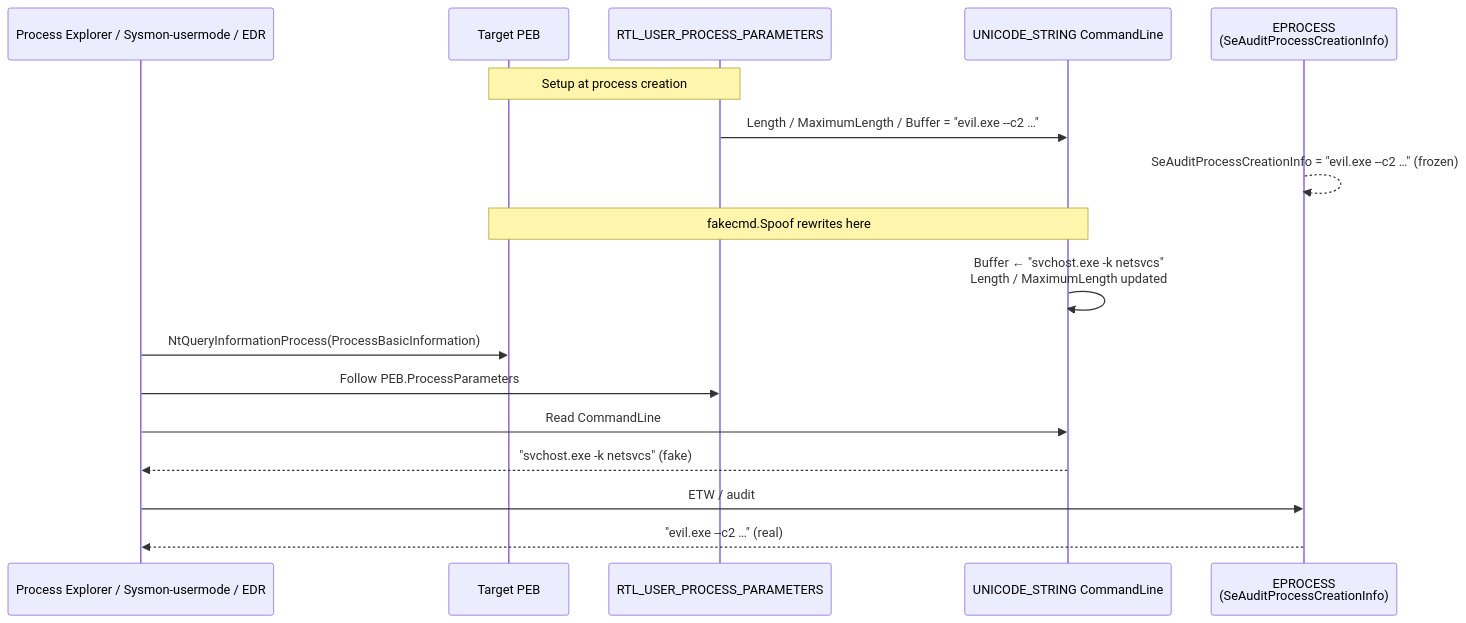
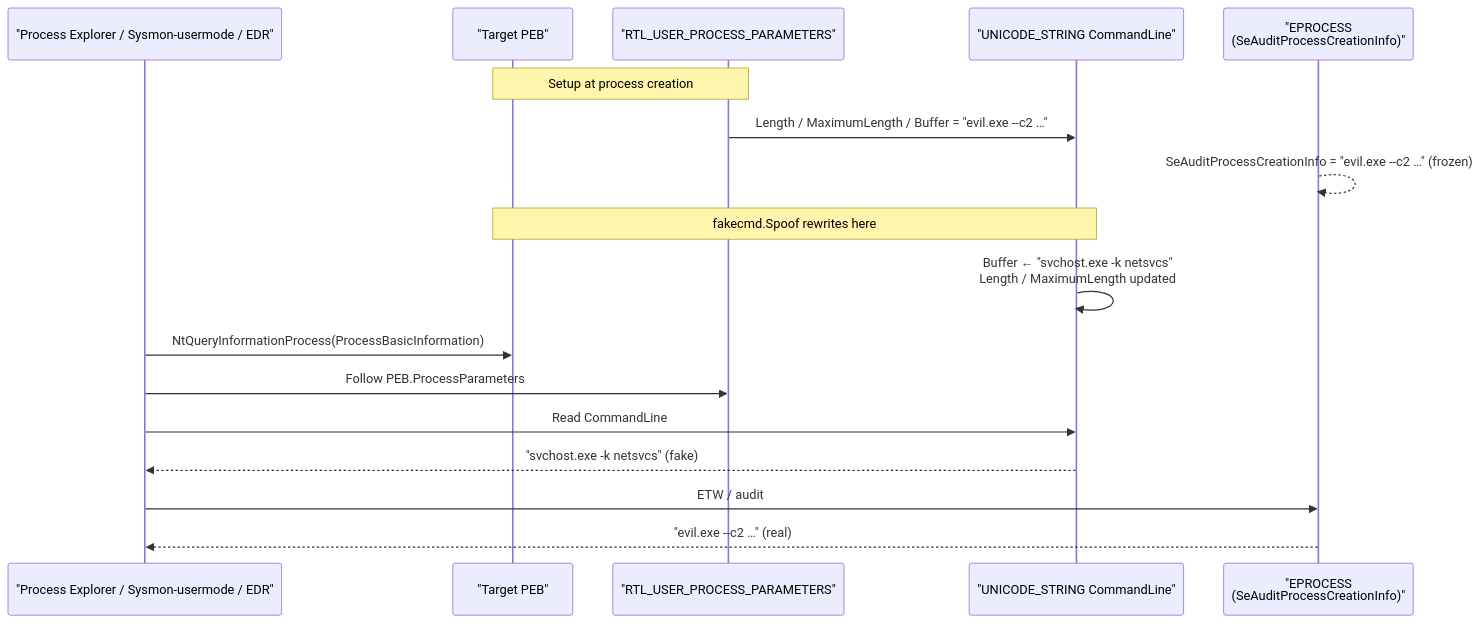
The diagram in docs/techniques/process/fakecmd.md (oioio-space/maldev), drawn with Mermaid before and after one commit. The commit also changed 52 other files, not shown here.

First line of the commit message:
fix(docs): quote multi-word Mermaid participant aliases — 11.2.0 strict-mode sweep

````diff
--- a/docs/techniques/process/fakecmd.md
+++ b/docs/techniques/process/fakecmd.md
@@ -42,23 +42,23 @@
 ```mermaid
 sequenceDiagram
-    participant Reader as Process Explorer / Sysmon-usermode / EDR
-    participant PEB as Target PEB
-    participant PP as RTL_USER_PROCESS_PARAMETERS
-    participant CmdLine as UNICODE_STRING CommandLine
-    participant Kernel as EPROCESS<br>(SeAuditProcessCreationInfo)
+    participant Reader as "Process Explorer / Sysmon-usermode / EDR"
+    participant PEB as "Target PEB"
+    participant PP as "RTL_USER_PROCESS_PARAMETERS"
+    participant CmdLine as "UNICODE_STRING CommandLine"
+    participant Kernel as "EPROCESS<br>(SeAuditProcessCreationInfo)"
 
     Note over PEB,PP: Setup at process creation
     PP->>CmdLine: Length / MaximumLength / Buffer = "evil.exe --c2 …"
     Kernel-->>Kernel: SeAuditProcessCreationInfo = "evil.exe --c2 …" (frozen)
 
     Note over PEB,CmdLine: fakecmd.Spoof rewrites here
     CmdLine->>CmdLine: Buffer ← "svchost.exe -k netsvcs"<br>Length / MaximumLength updated
 
     Reader->>PEB: NtQueryInformationProcess(ProcessBasicInformation)
     Reader->>PP: Follow PEB.ProcessParameters
     Reader->>CmdLine: Read CommandLine
     CmdLine-->>Reader: "svchost.exe -k netsvcs"  (fake)
 
     Reader->>Kernel: ETW / audit
     Kernel-->>Reader: "evil.exe --c2 …"          (real)
 ```
````
